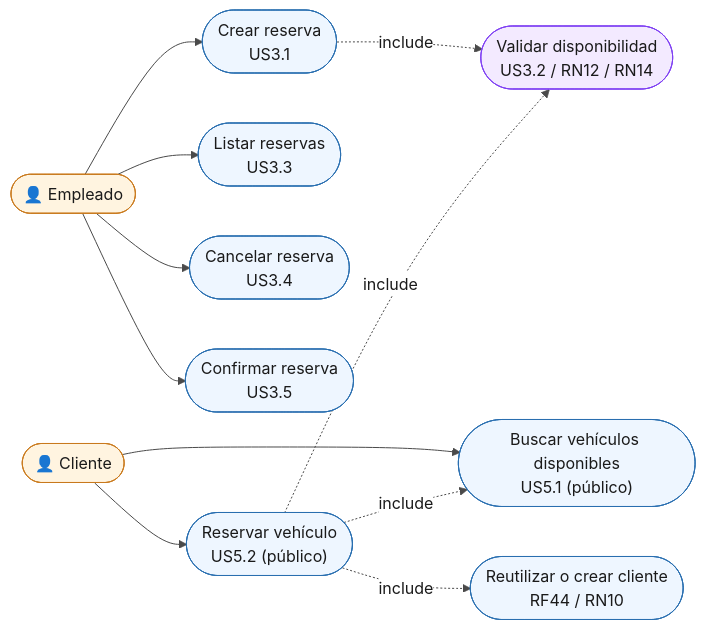
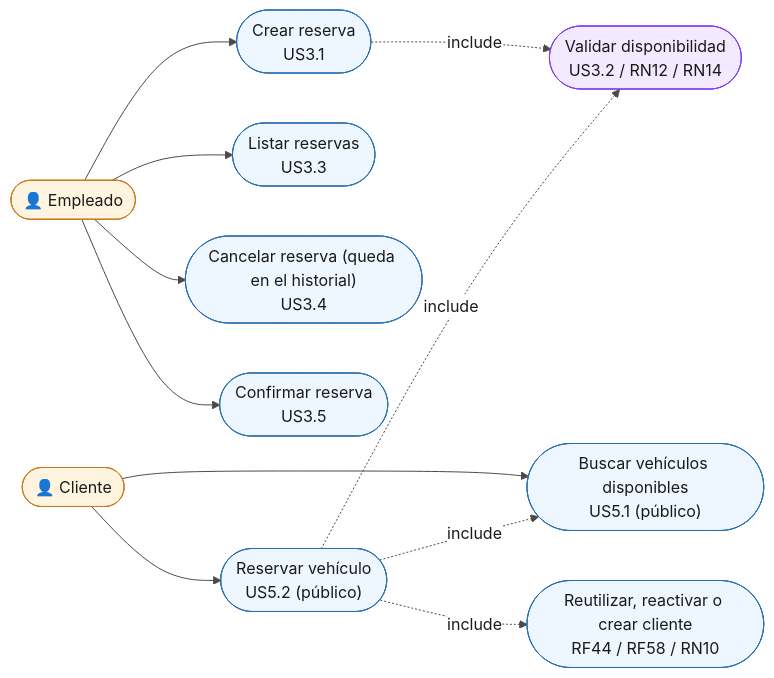
Before and after one commit to chaarlyez/Sistema_de_alquiler_de_veh-culos: the diagram in docs/03-uml/fuentes/parte2-casos-de-uso-reservas.mmd, drawn with Mermaid. The commit also changed 7 other files, not shown here.

First line of the commit message:
docs(uml): ajustar reservas al borrado logico (parte 2)

```diff
--- a/docs/03-uml/fuentes/parte2-casos-de-uso-reservas.mmd
+++ b/docs/03-uml/fuentes/parte2-casos-de-uso-reservas.mmd
@@ -1,41 +1,41 @@
 %%{init: {'theme': 'base', 'themeVariables': {
   'background': '#ffffff',
   'primaryColor': '#ffffff',
   'primaryBorderColor': '#4a4a4a',
   'primaryTextColor': '#1a1a1a',
   'lineColor': '#4a4a4a',
   'textColor': '#1a1a1a'
 }}}%%
 flowchart LR
     Empleado(["👤 Empleado"])
     Cliente(["👤 Cliente"])
 
     UC31(["Crear reserva<br/>US3.1"])
     UC33(["Listar reservas<br/>US3.3"])
-    UC34(["Cancelar reserva<br/>US3.4"])
+    UC34(["Cancelar reserva (queda en el historial)<br/>US3.4"])
     UC35(["Confirmar reserva<br/>US3.5"])
     UC32(["Validar disponibilidad<br/>US3.2 / RN12 / RN14"])
 
     UC51(["Buscar vehículos disponibles<br/>US5.1 (público)"])
     UC52(["Reservar vehículo<br/>US5.2 (público)"])
-    UC_CLI(["Reutilizar o crear cliente<br/>RF44 / RN10"])
+    UC_CLI(["Reutilizar, reactivar o crear cliente<br/>RF44 / RF58 / RN10"])
 
     Empleado --> UC31
     Empleado --> UC33
     Empleado --> UC34
     Empleado --> UC35
 
     Cliente --> UC51
     Cliente --> UC52
 
     UC31 -.->|include| UC32
     UC52 -.->|include| UC32
     UC52 -.->|include| UC51
     UC52 -.->|include| UC_CLI
 
     classDef actor fill:#fff4e0,stroke:#c97a1e,color:#1a1a1a
     classDef usecase fill:#eef6ff,stroke:#2a6fb0,color:#1a1a1a
     classDef shared fill:#f3eaff,stroke:#7e3ff2,color:#1a1a1a
     class Empleado,Cliente actor
     class UC31,UC33,UC34,UC35,UC51,UC52,UC_CLI usecase
     class UC32 shared
```
